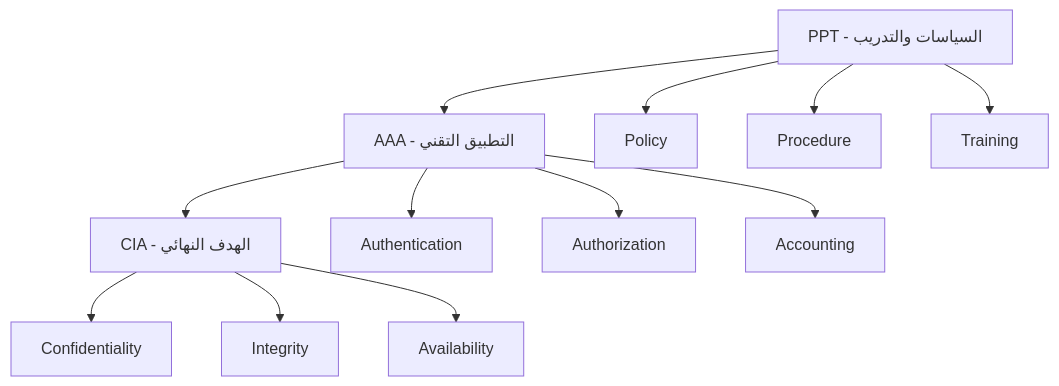
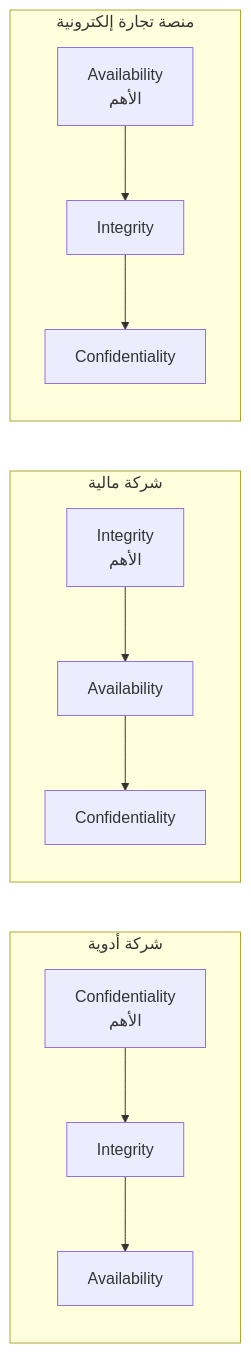
One commit to ammaryasser28/Introduction-To-Cyber-Security changed the third of 13 diagrams in CIA, AAA & PPT.md. Above: the diagram before and after it, drawn with Mermaid. The commit also changed other lines of this file, not shown here.

Commit message:
Update CIA, AAA & PPT.md

````diff
--- a/CIA, AAA & PPT.md
+++ b/CIA, AAA & PPT.md
@@ -233,18 +141,17 @@
 ```mermaid
-graph TD
-    PPT[PPT - السياسات والتدريب]
-    PPT --> AAA[AAA - التطبيق التقني]
-    AAA --> CIA[CIA - الهدف النهائي]
+flowchart LR
+    subgraph Pharma [شركة أدوية]
+        direction TB
+        P1[Confidentiality\nالأهم] --> P2[Integrity] --> P3[Availability]
+    end
 
-    PPT --> P[Policy]
-    PPT --> PR[Procedure]
-    PPT --> T[Training]
+    subgraph Finance [شركة مالية]
+        direction TB
+        F1[Integrity\nالأهم] --> F2[Availability] --> F3[Confidentiality]
+    end
 
-    AAA --> Auth[Authentication]
-    AAA --> Authz[Authorization]
-    AAA --> Acc[Accounting]
-
-    CIA --> C[Confidentiality]
-    CIA --> I[Integrity]
-    CIA --> A[Availability]
+    subgraph Ecommerce [منصة تجارة إلكترونية]
+        direction TB
+        E1[Availability\nالأهم] --> E2[Integrity] --> E3[Confidentiality]
+    end
 ```
````
